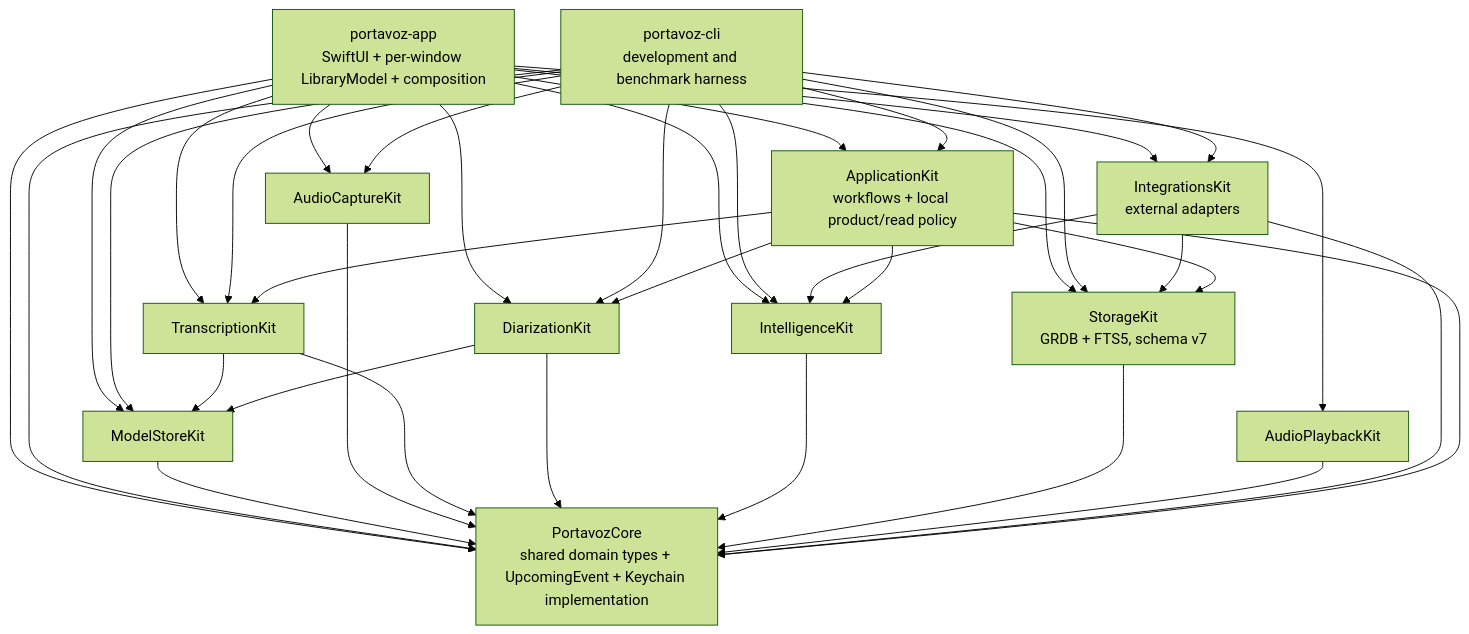
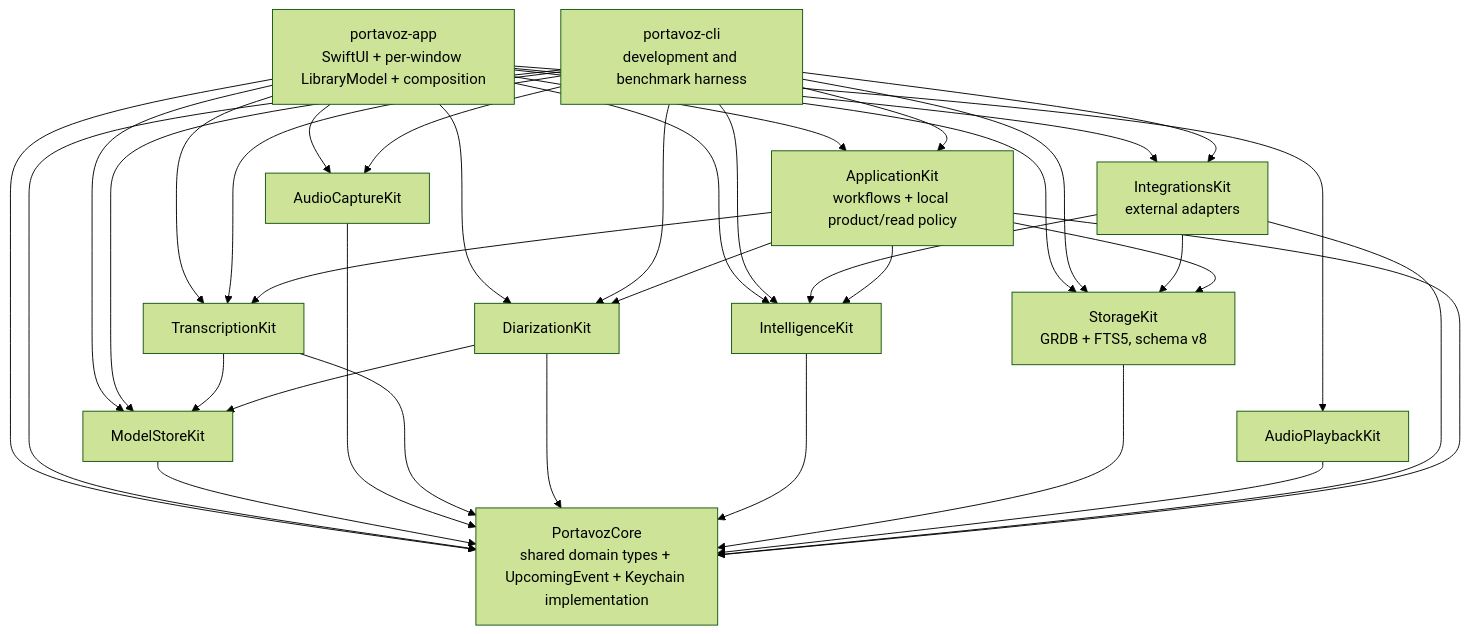
Before and after one commit to johnny4young/portavoz: the first of 3 diagrams in docs/refactor-20260714.md, drawn with Mermaid (forest theme). The commit also changed other lines of this file and 35 other files, not shown here.

````diff
--- a/docs/refactor-20260714.md
+++ b/docs/refactor-20260714.md
@@ -108,52 +108,52 @@
 ```mermaid
 flowchart TB
     APP["portavoz-app\nSwiftUI + per-window LibraryModel + composition"]
     CLI["portavoz-cli\ndevelopment and benchmark harness"]
     APPLICATION["ApplicationKit\nworkflows + local product/read policy"]
     CORE["PortavozCore\nshared domain types + UpcomingEvent + Keychain implementation"]
     MODEL["ModelStoreKit"]
     CAPTURE["AudioCaptureKit"]
     STT["TranscriptionKit"]
     DIAR["DiarizationKit"]
     INTEL["IntelligenceKit"]
-    STORE["StorageKit\nGRDB + FTS5, schema v7"]
+    STORE["StorageKit\nGRDB + FTS5, schema v8"]
     PLAYBACK["AudioPlaybackKit"]
     INTEGRATIONS["IntegrationsKit\nexternal adapters"]
 
     APP --> CORE
     APP --> APPLICATION
     APP --> MODEL
     APP --> CAPTURE
     APP --> STT
     APP --> DIAR
     APP --> INTEL
     APP --> STORE
     APP --> PLAYBACK
     APP --> INTEGRATIONS
     CLI --> CORE
     CLI --> APPLICATION
     CLI --> MODEL
     CLI --> CAPTURE
     CLI --> STT
     CLI --> DIAR
     CLI --> INTEL
     CLI --> STORE
     CLI --> INTEGRATIONS
     MODEL --> CORE
     CAPTURE --> CORE
     STT --> CORE
     STT --> MODEL
     DIAR --> CORE
     DIAR --> MODEL
     INTEL --> CORE
     STORE --> CORE
     PLAYBACK --> CORE
     INTEGRATIONS --> CORE
     INTEGRATIONS --> INTEL
     INTEGRATIONS --> STORE
     APPLICATION --> CORE
     APPLICATION --> STT
     APPLICATION --> DIAR
     APPLICATION --> INTEL
     APPLICATION --> STORE
 ```
````
